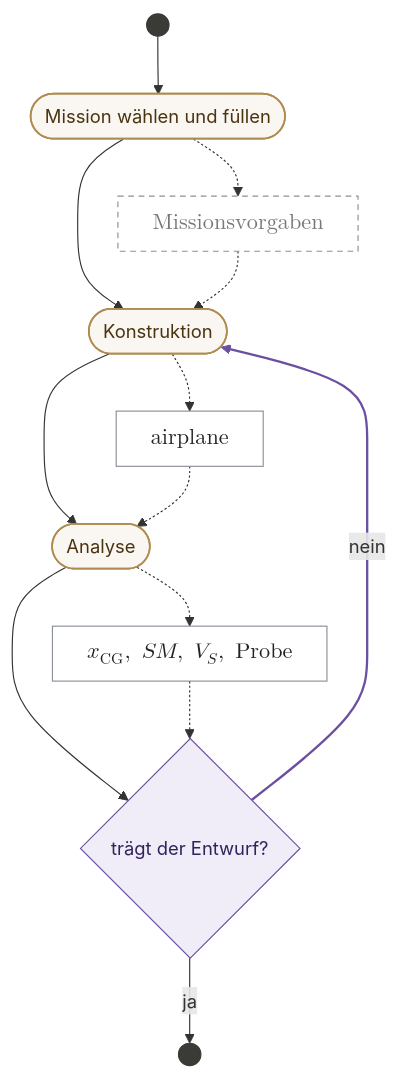
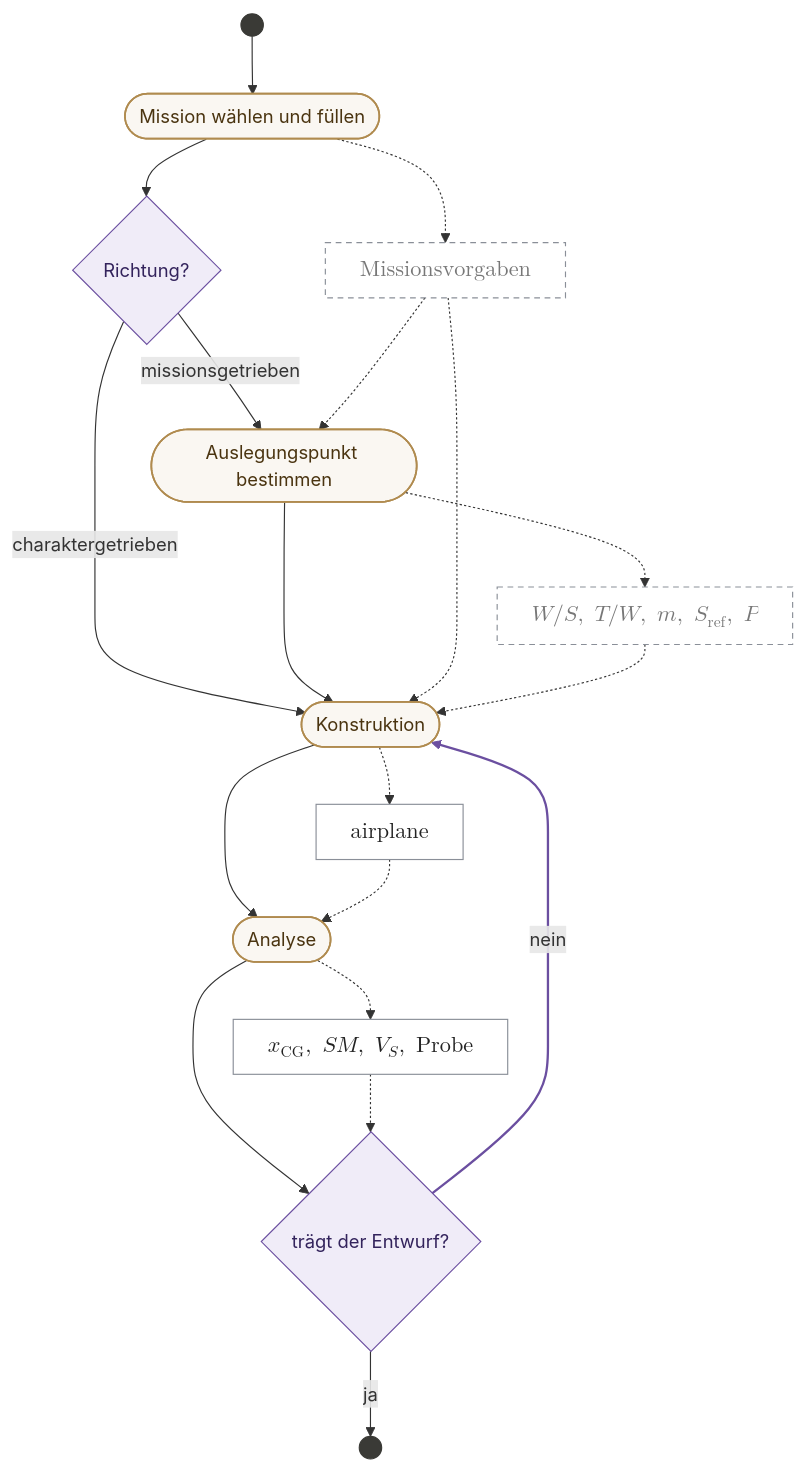
The first of 3 diagrams in _reversa_sdd/calculations/canon/ANFORDERUNGEN.md (szymansk/da3Dalus), drawn with Mermaid before and after one commit. The commit also changed other lines of this file and 1 other file, not shown here.

````diff
--- a/_reversa_sdd/calculations/canon/ANFORDERUNGEN.md
+++ b/_reversa_sdd/calculations/canon/ANFORDERUNGEN.md
@@ -232,34 +239,43 @@
 ```mermaid
 flowchart TD
   classDef akt fill:#faf7f2,stroke:#b08b4f,stroke-width:1.5px,color:#4a3410
   classDef obj fill:#ffffff,stroke:#8a8f98,color:#222
   classDef ofn fill:#ffffff,stroke:#8a8f98,stroke-dasharray:5 4,color:#777
   classDef term fill:#3a3a36,stroke:#3a3a36,color:#fff
   classDef ent fill:#f0ecf8,stroke:#6b4fa0,color:#33235c
 
   S(("&nbsp;")):::term
   A1(["Mission wählen und füllen"]):::akt
   O1["$$\text{Missionsvorgaben}$$"]:::ofn
+  D0{"Richtung?"}:::ent
+  A15(["Auslegungspunkt bestimmen"]):::akt
+  O15["$$W/S,\ T/W,\ m,\ S_\mathrm{ref},\ P$$"]:::ofn
   A2(["Konstruktion"]):::akt
   O2["$$\text{airplane}$$"]:::obj
   A3(["Analyse"]):::akt
   O3["$$x_\mathrm{CG},\ SM,\ V_S,\ \text{Probe}$$"]:::obj
   D{"trägt der Entwurf?"}:::ent
   E(("&nbsp;")):::term
 
   S --> A1
-  A1 --> A2
+  A1 --> D0
+  D0 -->|"missionsgetrieben"| A15
+  D0 -->|"charaktergetrieben"| A2
+  A15 --> A2
   A2 --> A3
   A3 --> D
   D -->|"nein"| A2
   D -->|"ja"| E
 
   A1 -.-> O1
+  O1 -.-> A15
   O1 -.-> A2
+  A15 -.-> O15
+  O15 -.-> A2
   A2 -.-> O2
   O2 -.-> A3
   A3 -.-> O3
   O3 -.-> D
 
-  linkStyle 4 stroke:#6b4fa0,stroke-width:2px
+  linkStyle 7 stroke:#6b4fa0,stroke-width:2px
 ```
````
